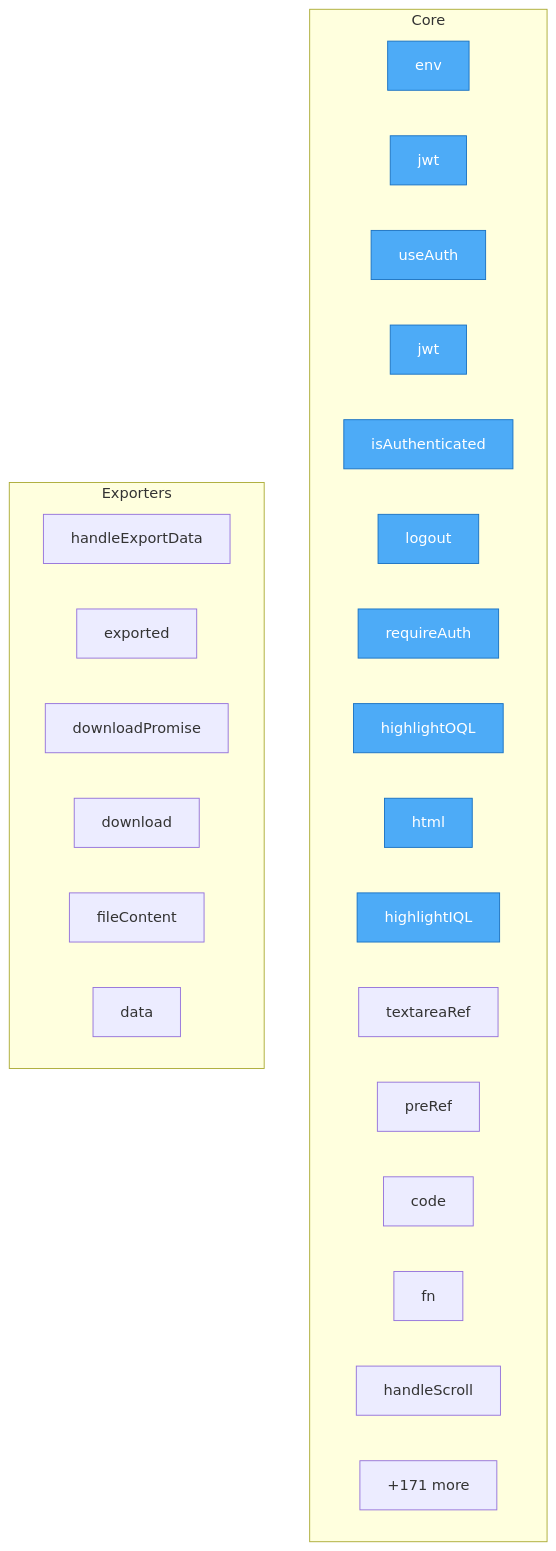
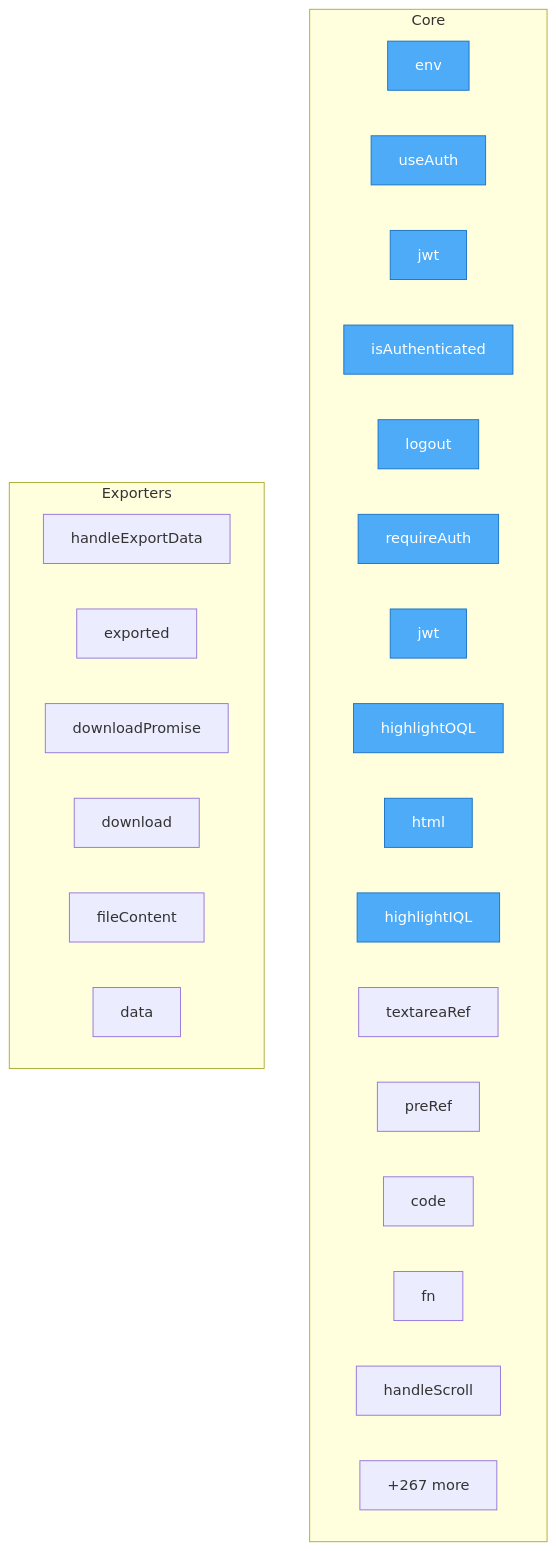
The diagram in project/flow.mmd (oqlos/www), drawn with Mermaid before and after one commit. The commit also changed 10 other files, not shown here.

```diff
--- a/project/flow.mmd
+++ b/project/flow.mmd
@@ -1,34 +1,34 @@
 flowchart TD
 
     %% Entry points (blue)
     classDef entry fill:#4dabf7,stroke:#1971c2,color:#fff
 
     subgraph Core
         src__config__env["env"]
-        src__components__ProtectedRoute__jwt["jwt"]
         src__hooks__useAuth__useAuth["useAuth"]
         src__hooks__useAuth__jwt["jwt"]
         src__hooks__useAuth__isAuthenticated["isAuthenticated"]
         src__hooks__useAuth__logout["logout"]
         src__hooks__useAuth__requireAuth["requireAuth"]
+        src__components__ProtectedRoute__jwt["jwt"]
         src__components__CodeEditor__highlightOQL["highlightOQL"]
         src__components__CodeEditor__html["html"]
         src__components__CodeEditor__highlightIQL["highlightIQL"]
         src__components__CodeEditor__textareaRef["textareaRef"]
         src__components__CodeEditor__preRef["preRef"]
         src__components__CodeEditor__code["code"]
         src__components__CodeEditor__fn["fn"]
         src__components__CodeEditor__handleScroll["handleScroll"]
-        ...["+171 more"]
+        ...["+267 more"]
     end
 
     subgraph Exporters
         src__pages__Account__handleExportData["handleExportData"]
         src__utils__logger__spec__exported["exported"]
         e2e__account_export__spec__downloadPromise["downloadPromise"]
         e2e__account_export__spec__download["download"]
         e2e__account_export__spec__fileContent["fileContent"]
         e2e__account_export__spec__data["data"]
     end
 
-    class src__config__env,src__components__ProtectedRoute__jwt,src__hooks__useAuth__useAuth,src__hooks__useAuth__jwt,src__hooks__useAuth__isAuthenticated,src__hooks__useAuth__logout,src__hooks__useAuth__requireAuth,src__components__CodeEditor__highlightOQL,src__components__CodeEditor__html,src__components__CodeEditor__highlightIQL entry
+    class src__config__env,src__hooks__useAuth__useAuth,src__hooks__useAuth__jwt,src__hooks__useAuth__isAuthenticated,src__hooks__useAuth__logout,src__hooks__useAuth__requireAuth,src__components__ProtectedRoute__jwt,src__components__CodeEditor__highlightOQL,src__components__CodeEditor__html,src__components__CodeEditor__highlightIQL entry
```
